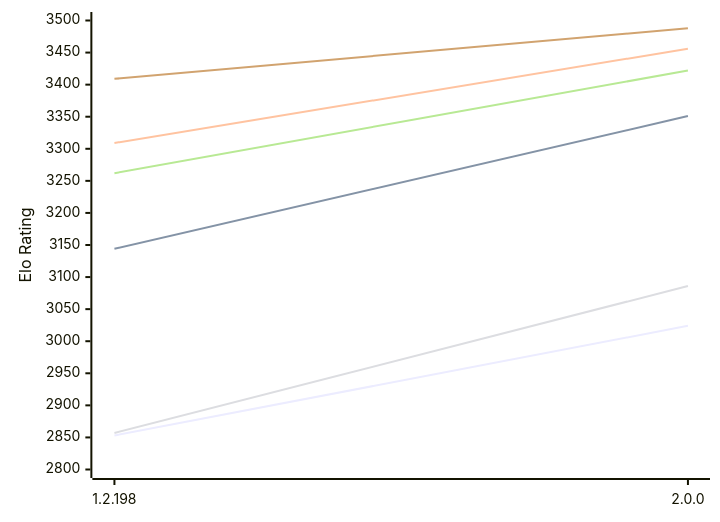
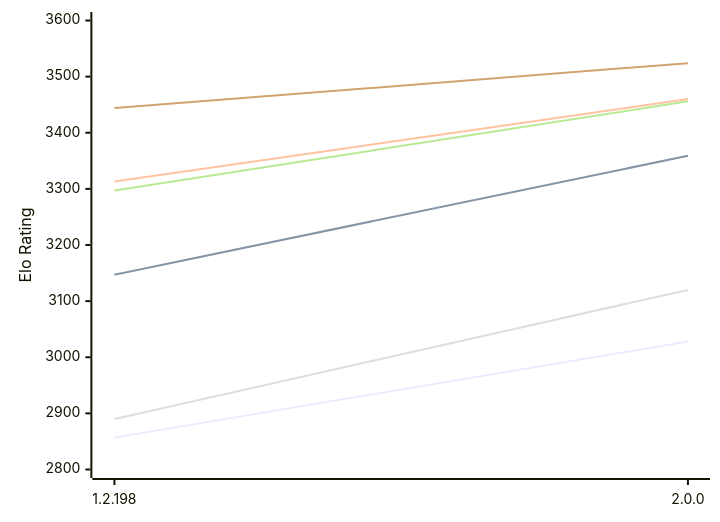
The diagram in engines/Zenith.md (computer-chess-index/cci), drawn with Mermaid before and after one commit. The commit also changed other lines of this file, not shown here.

Commit message:
Update CCI Ratings (ELO VLTC) - 2026-11-01

````diff
--- a/engines/Zenith.md
+++ b/engines/Zenith.md
@@ -49,12 +49,12 @@
 ```mermaid
 %%{init: {"theme":"base","themeVariables":{"seriesColors:['#a3a3a3','#222221','#faa371']}}}%%
 xychart-beta
   x-axis ["1.2.198", "2.0.0"]
-  y-axis "Elo Rating" 2800 --> 3500
-  line "E1: STC (8.0+0.08s)" [2853, 3024]
-  line "E1: LTC (60.0+0.60s)" [3144, 3351]
-  line "E1: VLTC (2m24s+1.12s)" [3309, 3456]
-  line "P1: STC (8.0+0.08s)" [2857, 3086]
-  line "P1: LTC (60.0+0.60s)" [3262, 3422]
-  line "P1: VLTC (2m24s+1.12s)" [3409, 3488]
+  y-axis "Elo Rating" 2800 --> 3600
+  line "E1: STC (8.0+0.08s)" [2857, 3028]
+  line "E1: LTC (60.0+0.60s)" [3147, 3359]
+  line "E1: VLTC (2m24s+1.12s)" [3313, 3460]
+  line "P1: STC (8.0+0.08s)" [2890, 3120]
+  line "P1: LTC (60.0+0.60s)" [3297, 3456]
+  line "P1: VLTC (2m24s+1.12s)" [3444, 3524]
 ```
````
